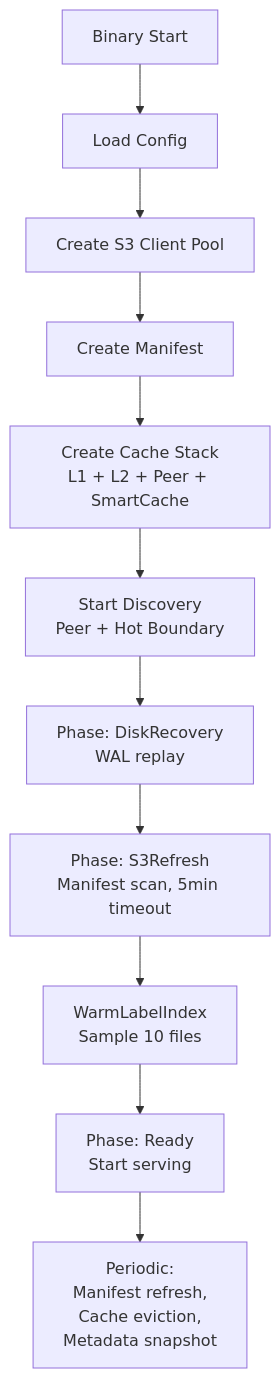
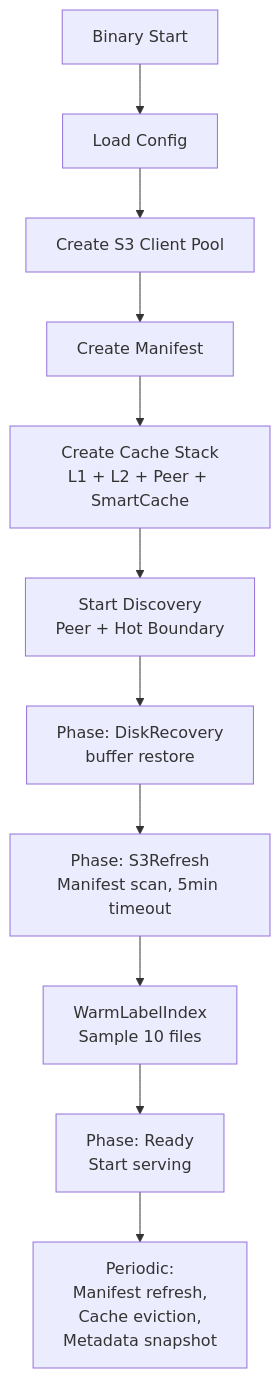
One commit to ReliablyObserve/victoria-lakehouse changed diagram 17 of 17 in docs/storage-flow.md. Above: the diagram before and after it, drawn with Mermaid. The commit also changed other lines of this file and 5 other files, not shown here.

````diff
--- a/docs/storage-flow.md
+++ b/docs/storage-flow.md
@@ -597,15 +597,15 @@
 ```mermaid
 flowchart TD
     START[Binary Start] --> CFG[Load Config]
     CFG --> S3POOL[Create S3 Client Pool]
     S3POOL --> MAN[Create Manifest]
     MAN --> CACHE[Create Cache Stack<br/>L1 + L2 + Peer + SmartCache]
     CACHE --> DISC[Start Discovery<br/>Peer + Hot Boundary]
 
-    DISC --> P1[Phase: DiskRecovery<br/>WAL replay]
+    DISC --> P1[Phase: DiskRecovery<br/>buffer restore]
     P1 --> P2[Phase: S3Refresh<br/>Manifest scan, 5min timeout]
     P2 --> P3[WarmLabelIndex<br/>Sample 10 files]
     P3 --> P4[Phase: Ready<br/>Start serving]
 
     P4 --> TICK[Periodic:<br/>Manifest refresh,<br/>Cache eviction,<br/>Metadata snapshot]
 ```
````
